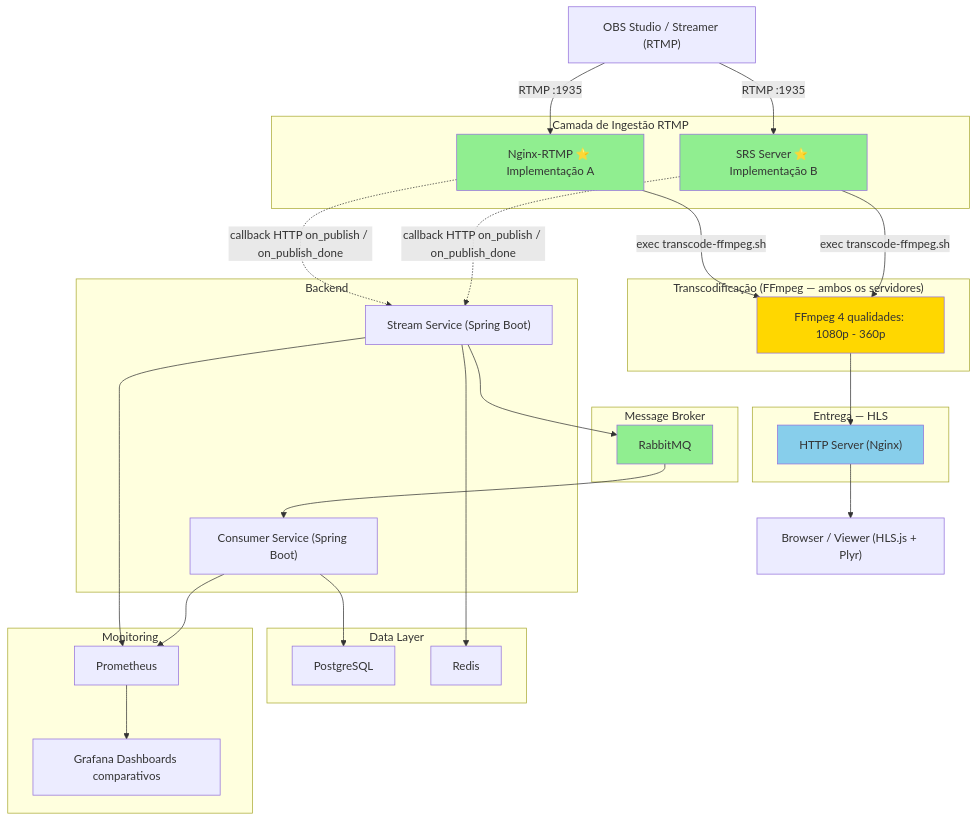
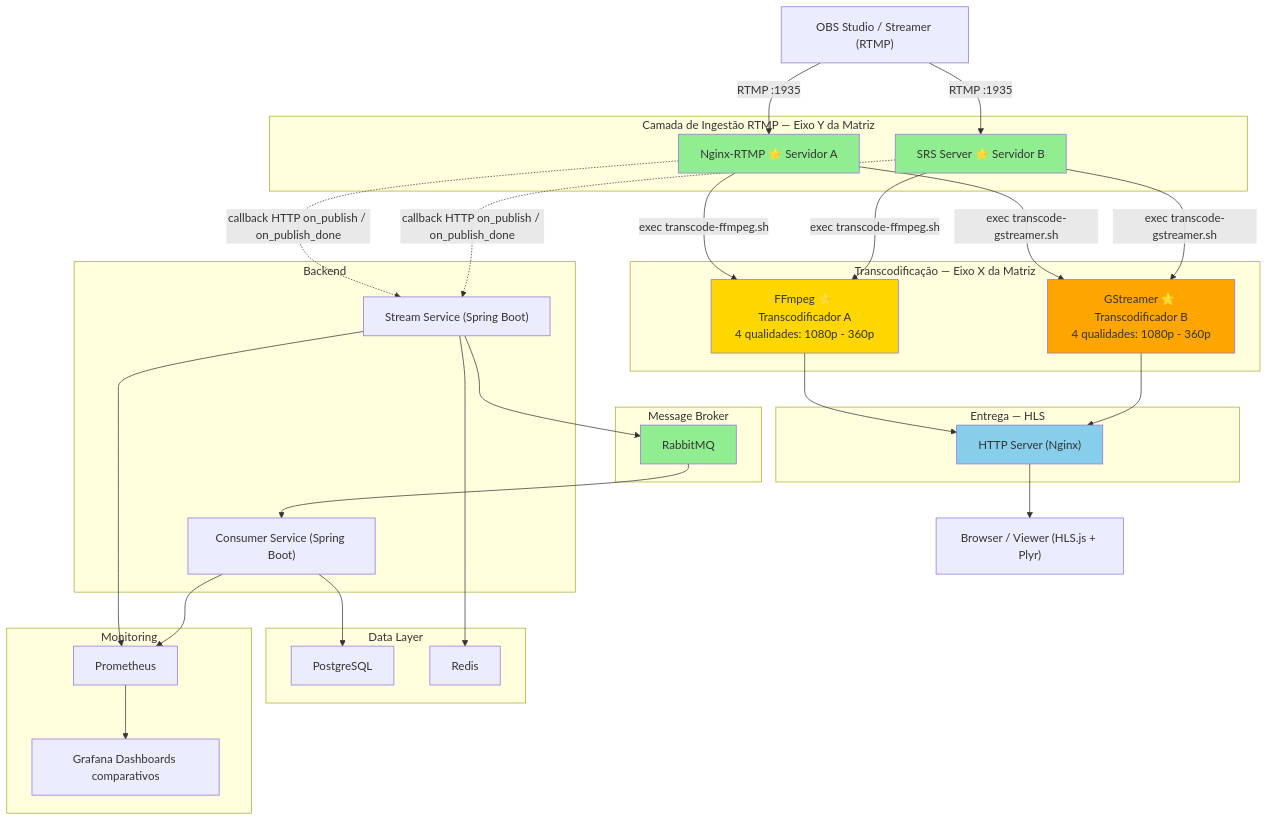
The diagram in docs/diagrams/02-arquitetura-alternativas.mermaid (valter-junnior/tcc-streaming-platform), drawn with Mermaid before and after one commit. The commit also changed 3 other files, not shown here.

Commit message:
feat: adicionar script de transcodificação GStreamer e atualizar documentação para incluir novas combinações de transcodificadores

```diff
--- a/docs/diagrams/02-arquitetura-alternativas.mermaid
+++ b/docs/diagrams/02-arquitetura-alternativas.mermaid
@@ -1,58 +1,63 @@
 flowchart TB
     OBS["OBS Studio / Streamer (RTMP)"]
 
-    subgraph Ingestion["Camada de Ingestão RTMP"]
-        NGX["Nginx-RTMP ⭐ Implementação A"]
-        SRS["SRS Server ⭐ Implementação B"]
+    subgraph Ingestion["Camada de Ingestão RTMP — Eixo Y da Matriz"]
+        NGX["Nginx-RTMP ⭐ Servidor A"]
+        SRS["SRS Server ⭐ Servidor B"]
     end
 
-    subgraph Transcoding["Transcodificação (FFmpeg — ambos os servidores)"]
-        FFmpeg["FFmpeg 4 qualidades: 1080p - 360p"]
+    subgraph Transcoding["Transcodificação — Eixo X da Matriz"]
+        FFmpeg["FFmpeg ⭐ Transcodificador A\n4 qualidades: 1080p - 360p"]
+        GStreamer["GStreamer ⭐ Transcodificador B\n4 qualidades: 1080p - 360p"]
     end
 
     subgraph HLSDelivery["Entrega — HLS"]
         HLS["HTTP Server (Nginx)"]
     end
 
     subgraph Broker["Message Broker"]
         MB["RabbitMQ"]
     end
 
     subgraph Backend["Backend"]
         API["Stream Service (Spring Boot)"]
         Consumer["Consumer Service (Spring Boot)"]
     end
 
     subgraph Data["Data Layer"]
         DB["PostgreSQL"]
         Cache["Redis"]
     end
 
     subgraph Monitoring["Monitoring"]
         Prom["Prometheus"]
         Graf["Grafana Dashboards comparativos"]
     end
 
     Browser["Browser / Viewer (HLS.js + Plyr)"]
 
     OBS -->|RTMP :1935| NGX
     OBS -->|RTMP :1935| SRS
     NGX -->|exec transcode-ffmpeg.sh| FFmpeg
+    NGX -->|exec transcode-gstreamer.sh| GStreamer
     SRS -->|exec transcode-ffmpeg.sh| FFmpeg
+    SRS -->|exec transcode-gstreamer.sh| GStreamer
     FFmpeg --> HLS
+    GStreamer --> HLS
     HLS --> Browser
 
     NGX & SRS -.->|callback HTTP on_publish / on_publish_done| API
     API --> MB
     MB --> Consumer
     Consumer --> DB
     API --> Cache
 
     API & Consumer --> Prom
     Prom --> Graf
 
     style NGX fill:#90EE90
     style SRS fill:#90EE90
     style FFmpeg fill:#FFD700
+    style GStreamer fill:#FFA500
     style HLS fill:#87CEEB
     style MB fill:#90EE90
```
